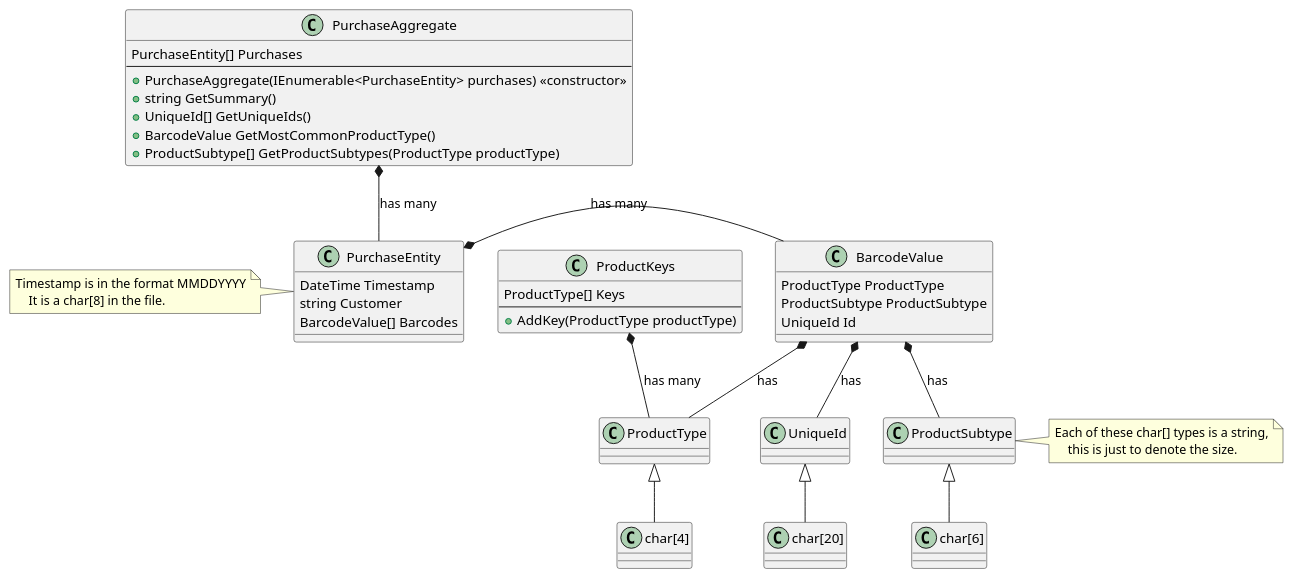
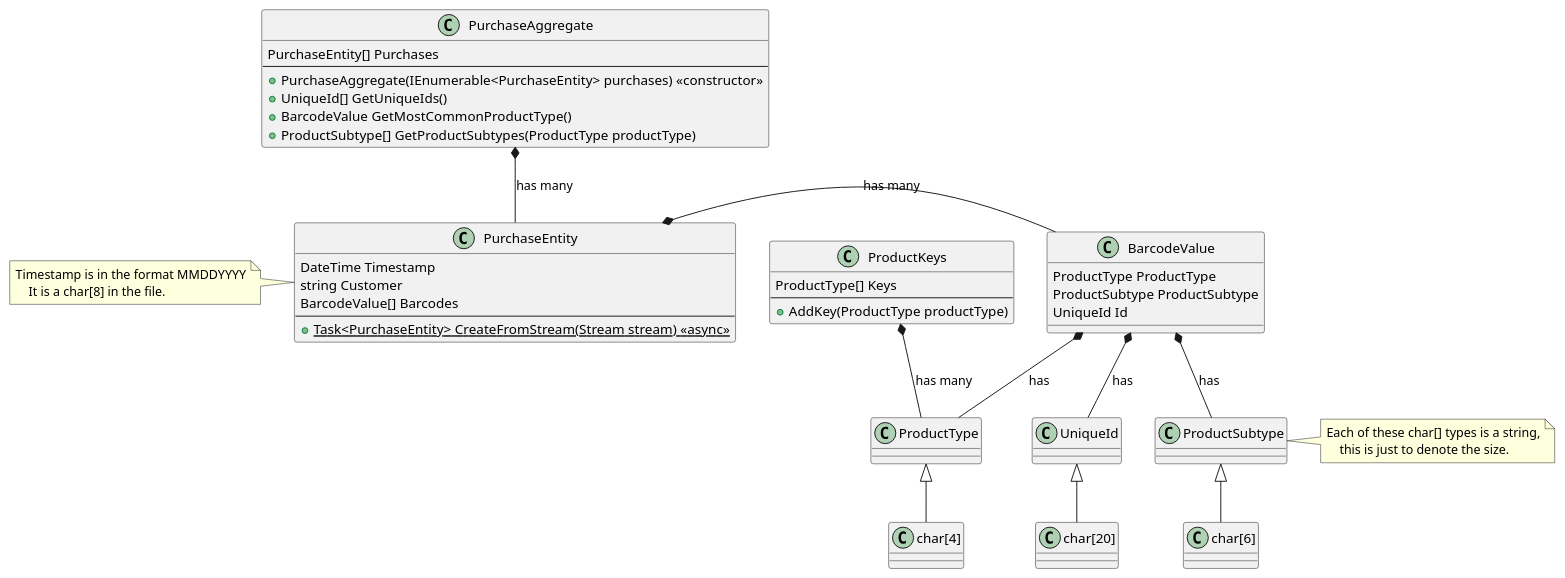
The diagram in docs/classStructure.puml (aholmes/2020-InterviewRound3), drawn with PlantUML before and after one commit. The commit also changed 1 other file, not shown here.

Commit message:
Update UML with static method for file parsing

```diff
--- a/docs/classStructure.puml
+++ b/docs/classStructure.puml
@@ -1,63 +1,64 @@
 @startuml
 
 '01232020Jamie
 'BEVGTTKYGDGJHGTFBNGDVZJGDIPXVS
 'CANFDNSKAVOUXSCGSYBHQYHNMDQOBL
 'FRZNQQNPSESCHIMIXOUHNAWLXRZEPT
 'BEVGZYUFGNIHDCZIPWLZJLPDSGNEAH
 
 class ProductKeys {
     ProductType[] Keys
     --
     +AddKey(ProductType productType)
 }
 
 class PurchaseEntity {
     DateTime Timestamp
     string Customer
     BarcodeValue[] Barcodes
+    --
+    {static} +Task<PurchaseEntity> CreateFromStream(Stream stream) <<async>>
 }
 note left
 Timestamp is in the format MMDDYYYY
     It is a char[8] in the file.
 end note
 
 class PurchaseAggregate {
     PurchaseEntity[] Purchases
     --
     +PurchaseAggregate(IEnumerable<PurchaseEntity> purchases) <<constructor>>
-    +string GetSummary()
     +UniqueId[] GetUniqueIds()
     +BarcodeValue GetMostCommonProductType()
     +ProductSubtype[] GetProductSubtypes(ProductType productType)
 }
 
 class "char[4]" as char4
 class "char[6]" as char6
 class "char[20]" as char20
 
 ProductType <|-- char4
 ProductSubtype <|-- char6
 UniqueId <|-- char20
 note right of ProductSubtype
 Each of these char[] types is a string,
     this is just to denote the size.
 end note
 
 class BarcodeValue {
     ProductType ProductType
     ProductSubtype ProductSubtype
     UniqueId Id
 }
 
 BarcodeValue *-- ProductType : has
 BarcodeValue *-- ProductSubtype : has
 BarcodeValue *-- UniqueId : has
 
 ProductKeys *-- ProductType : has many
 
 PurchaseEntity *- BarcodeValue : has many
 
 PurchaseAggregate *-- PurchaseEntity : has many
 
 @enduml
```
